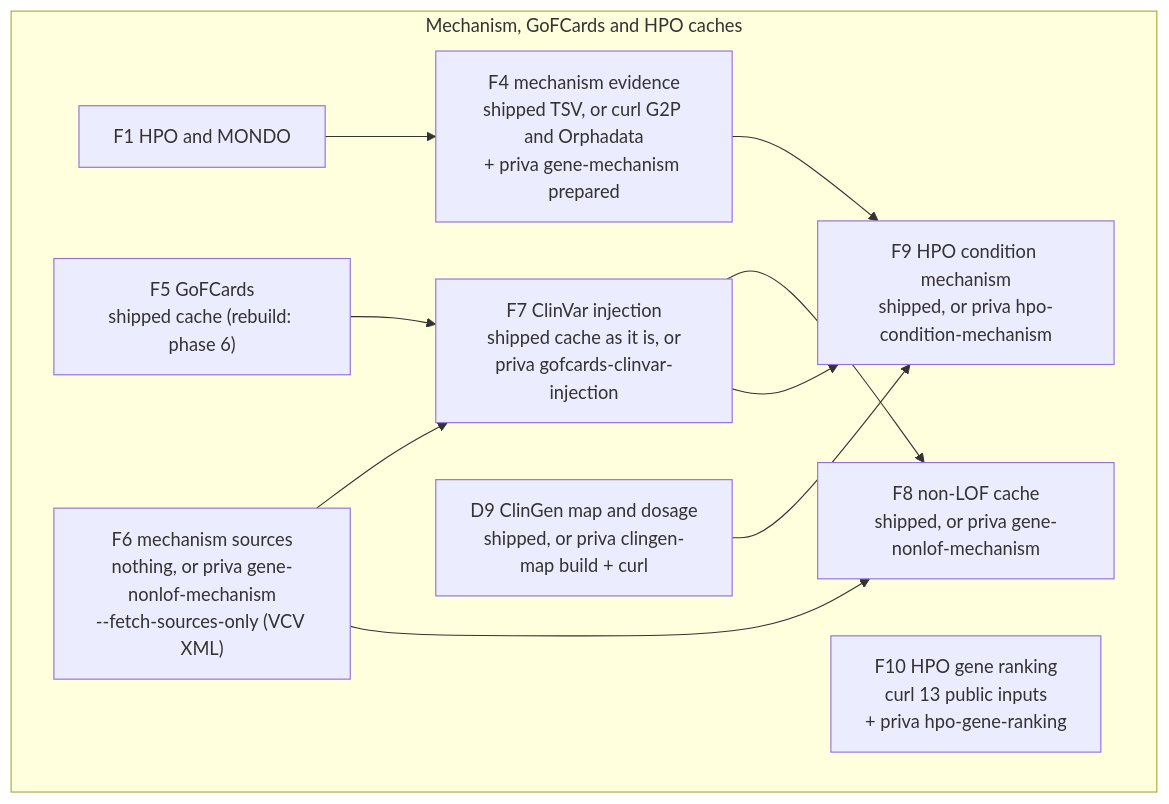
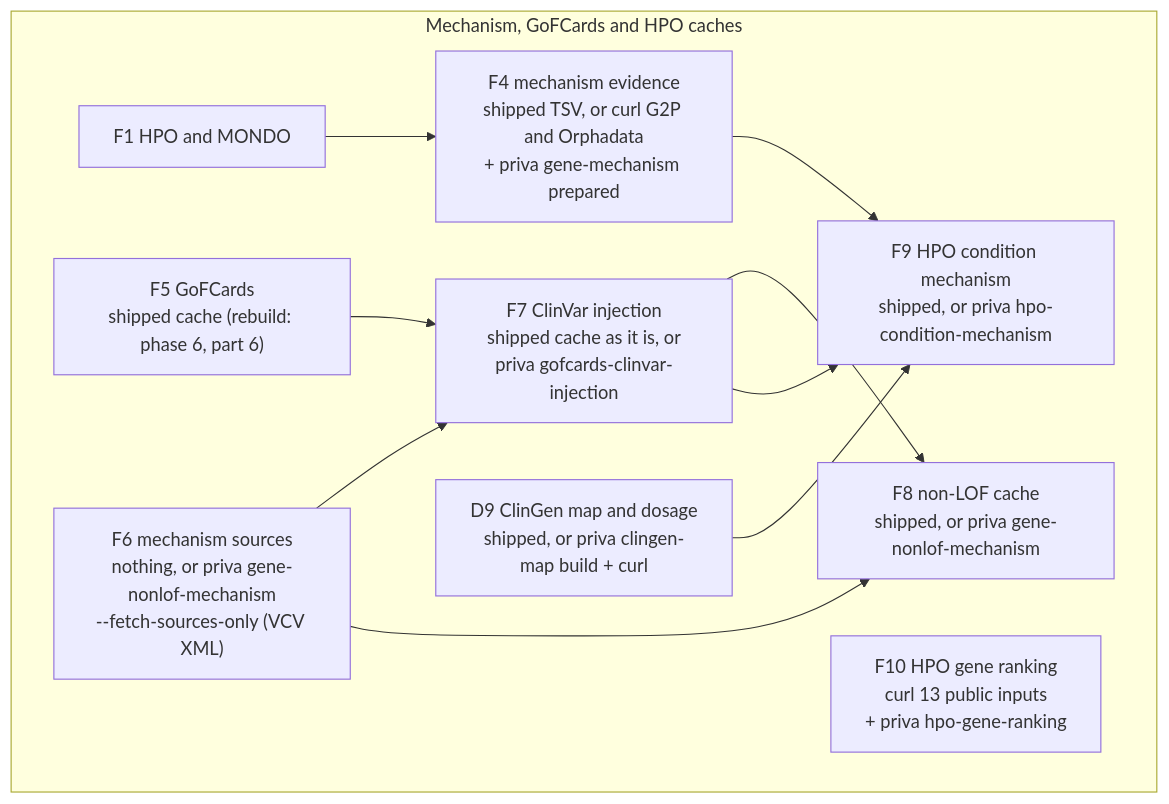
Before and after one commit to yangyxt/PriVA: the ninth of 15 diagrams in rust/CONVERSION.md, drawn with Mermaid. The commit also changed other lines of this file and 5 other files, not shown here.

First line of the commit message:
Rebuild the GoFCards cache in its own process (phase 6, part 6)

````diff
--- a/rust/CONVERSION.md
+++ b/rust/CONVERSION.md
@@ -999,15 +999,15 @@
 ```mermaid
 flowchart TB
   subgraph mech["Mechanism, GoFCards and HPO caches"]
     direction LR
     F1["F1 HPO and MONDO"] --> F4["F4 mechanism evidence<br/>shipped TSV, or curl G2P and Orphadata<br/>+ priva gene-mechanism prepared"]
-    F5["F5 GoFCards<br/>shipped cache (rebuild: phase 6)"] --> F7["F7 ClinVar injection<br/>shipped cache as it is, or<br/>priva gofcards-clinvar-injection"]
+    F5["F5 GoFCards<br/>shipped cache (rebuild: phase 6, part 6)"] --> F7["F7 ClinVar injection<br/>shipped cache as it is, or<br/>priva gofcards-clinvar-injection"]
     F6["F6 mechanism sources<br/>nothing, or priva gene-nonlof-mechanism<br/>--fetch-sources-only (VCV XML)"] --> F7
     F6 --> F8["F8 non-LOF cache<br/>shipped, or priva gene-nonlof-mechanism"]
     F7 --> F8
     F4 --> F9["F9 HPO condition mechanism<br/>shipped, or priva hpo-condition-mechanism"]
     F7 --> F9
     D9["D9 ClinGen map and dosage<br/>shipped, or priva clingen-map build + curl"] --> F9
     F10["F10 HPO gene ranking<br/>curl 13 public inputs<br/>+ priva hpo-gene-ranking"]
   end
 ```
````
